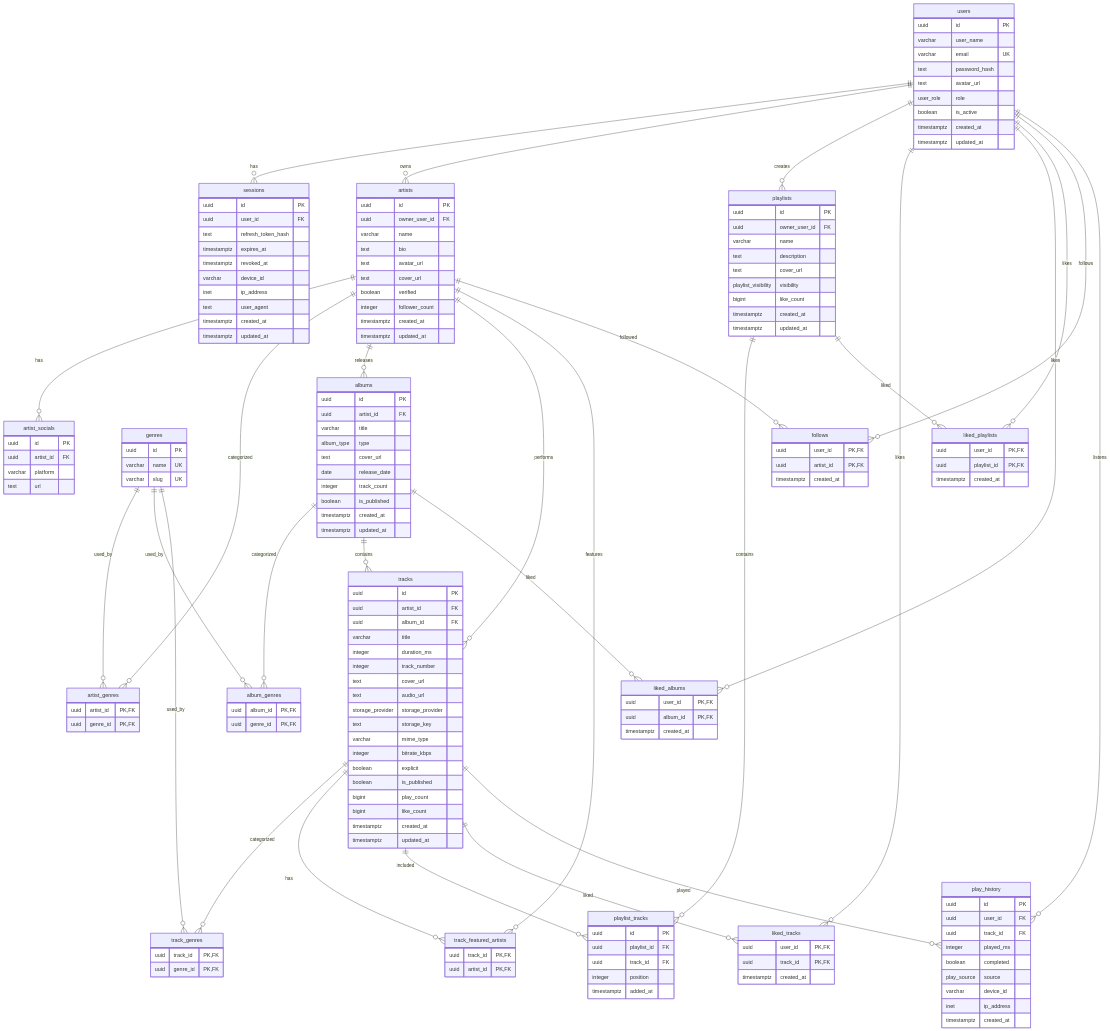
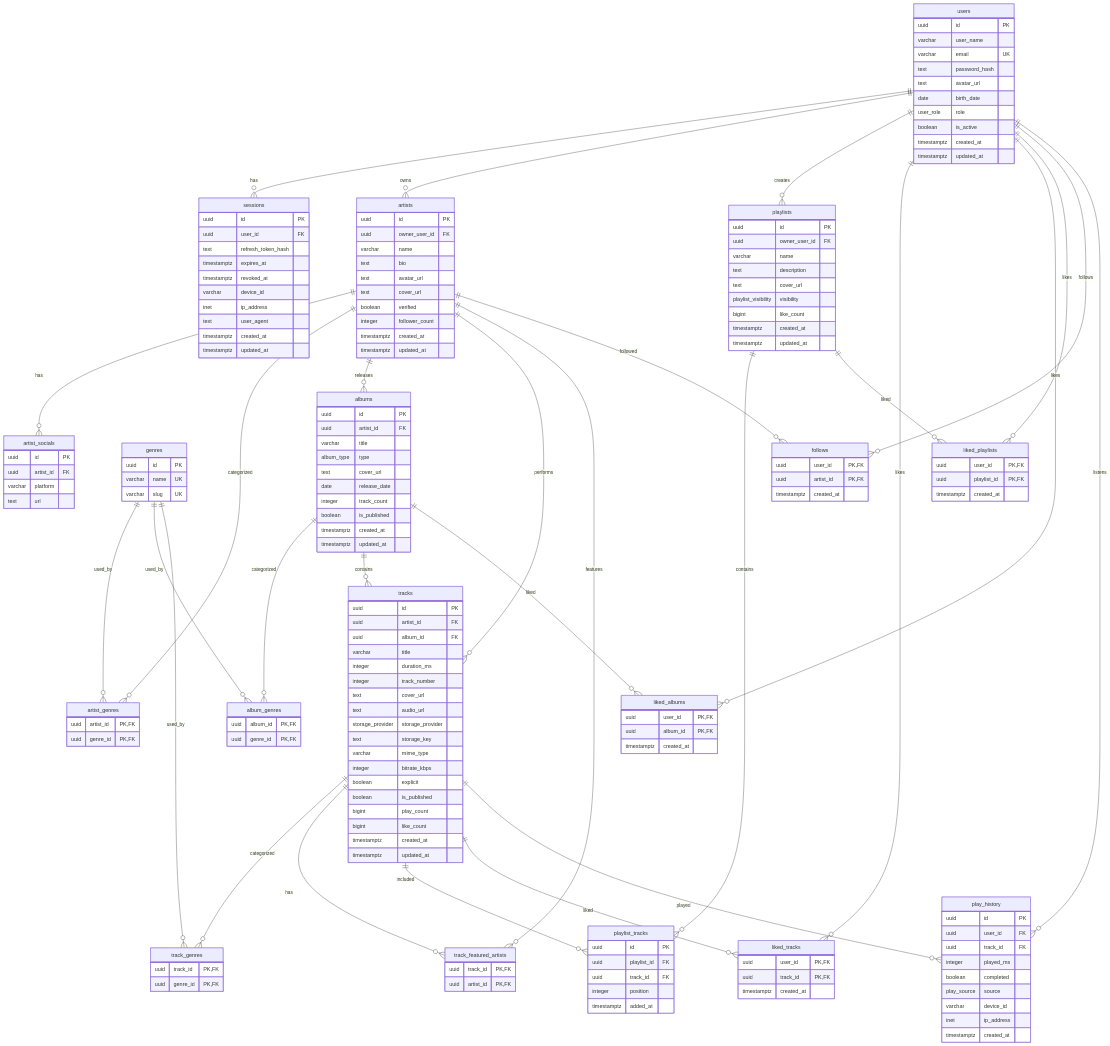
The diagram in docs/POSTGRES_ERD.md (losermuug/audio_stream_backend), drawn with Mermaid before and after one commit.

```diff
--- a/docs/POSTGRES_ERD.md
+++ b/docs/POSTGRES_ERD.md
@@ -12,6 +12,7 @@
     varchar email UK
     text password_hash
     text avatar_url
+    date birth_date
     user_role role
     boolean is_active
     timestamptz created_at
```
